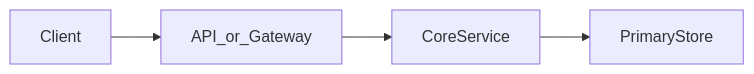
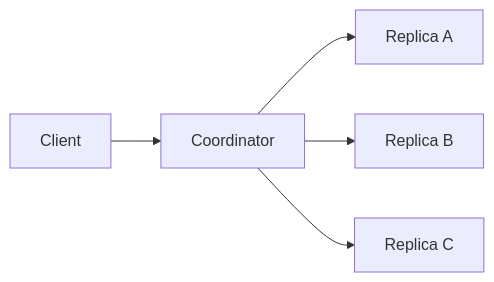
One commit to CharlotteYW/system-design-interview changed the second of 5 diagrams in questions/key-value-store/FLOW.md. Above: the diagram before and after it, drawn with Mermaid. The commit also changed other lines of this file and 16 other files, not shown here.

````diff
--- a/questions/key-value-store/FLOW.md
+++ b/questions/key-value-store/FLOW.md
@@ -7,8 +24,12 @@
 ```mermaid
 flowchart LR
   client[Client]
-  api[API_or_Gateway]
-  service[CoreService]
-  store[PrimaryStore]
-  client --> api --> service --> store
+  coord[Coordinator]
+  a[Replica A]
+  b[Replica B]
+  c[Replica C]
+  client --> coord
+  coord --> a
+  coord --> b
+  coord --> c
 ```
````
